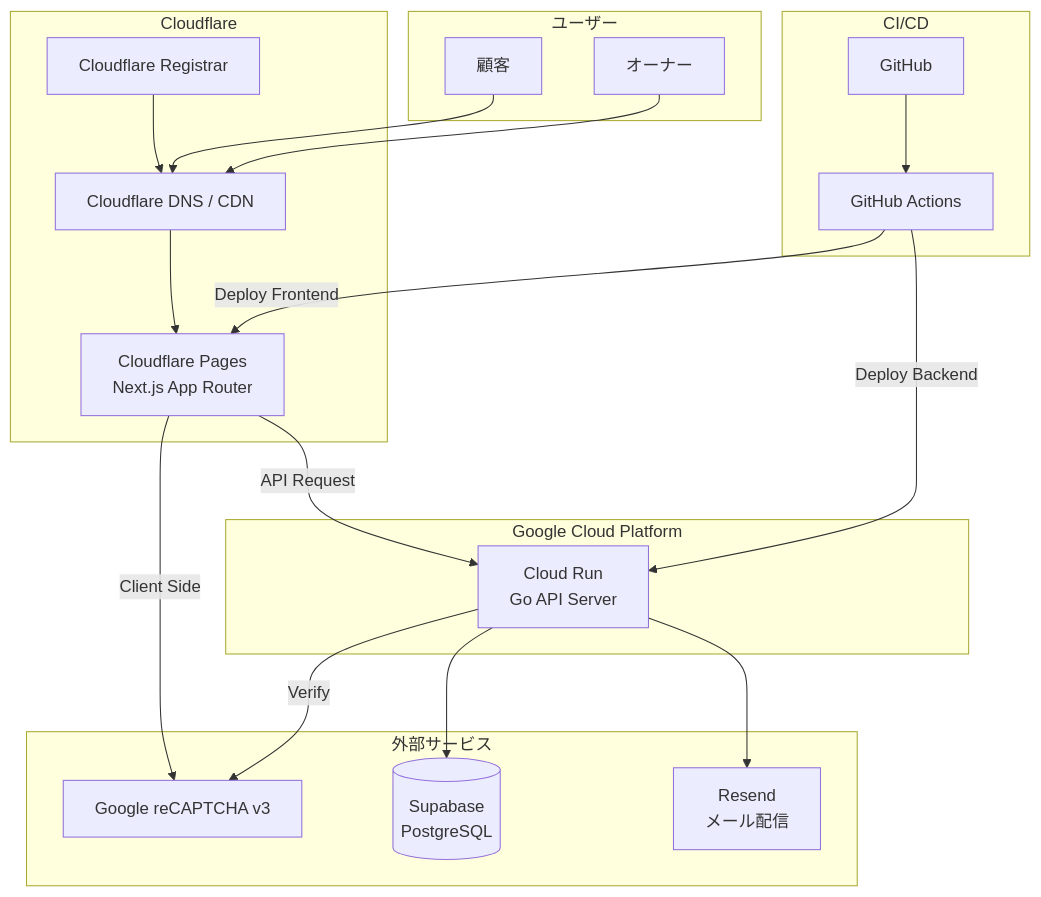
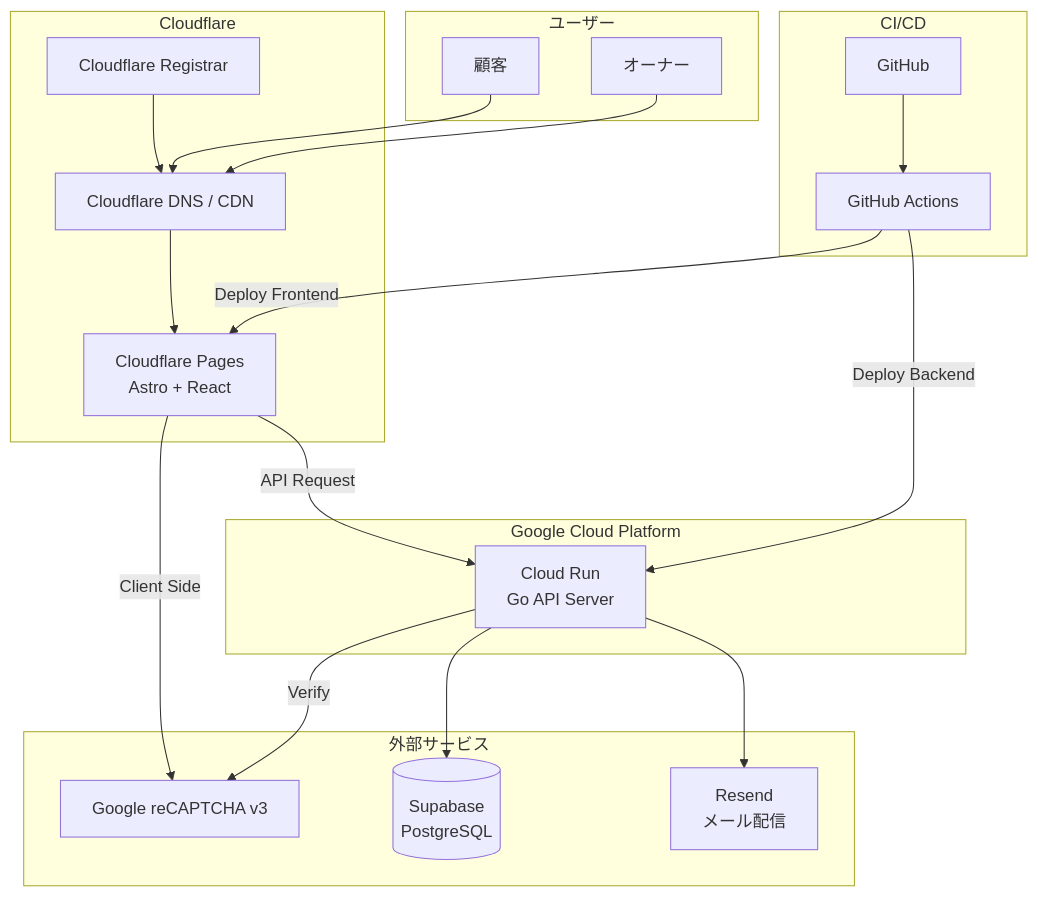
The first of 4 diagrams in docs/infrastructure.md (cergijame101007/satehits), drawn with Mermaid before and after one commit. The commit also changed other lines of this file, not shown here.

Commit message:
docs: インフラ構成をAstro + bun + Cloudflare Pagesに更新

````diff
--- a/docs/infrastructure.md
+++ b/docs/infrastructure.md
@@ -5,42 +5,42 @@
 ```mermaid
 flowchart TB
     subgraph Users[ユーザー]
         Customer[顧客]
         Owner[オーナー]
     end
 
     subgraph Cloudflare[Cloudflare]
         CFRegistrar[Cloudflare Registrar]
         CFDNS[Cloudflare DNS / CDN]
-        CFPages[Cloudflare Pages<br>Next.js App Router]
+        CFPages[Cloudflare Pages<br>Astro + React]
     end
 
     subgraph Google[Google Cloud Platform]
         CloudRun[Cloud Run<br>Go API Server]
     end
 
     subgraph External[外部サービス]
         ReCaptcha[Google reCAPTCHA v3]
         Supabase[(Supabase<br>PostgreSQL)]
         Resend[Resend<br>メール配信]
     end
 
     subgraph CI_CD[CI/CD]
         GitHub[GitHub]
         Actions[GitHub Actions]
     end
 
     CFRegistrar --> CFDNS
     Customer --> CFDNS
     Owner --> CFDNS
     CFDNS --> CFPages
     CFPages -->|API Request| CloudRun
     CloudRun --> Supabase
     CloudRun --> Resend
     CFPages -->|Client Side| ReCaptcha
     CloudRun -->|Verify| ReCaptcha
 
     GitHub --> Actions
     Actions -->|Deploy Frontend| CFPages
     Actions -->|Deploy Backend| CloudRun
 ```
````
